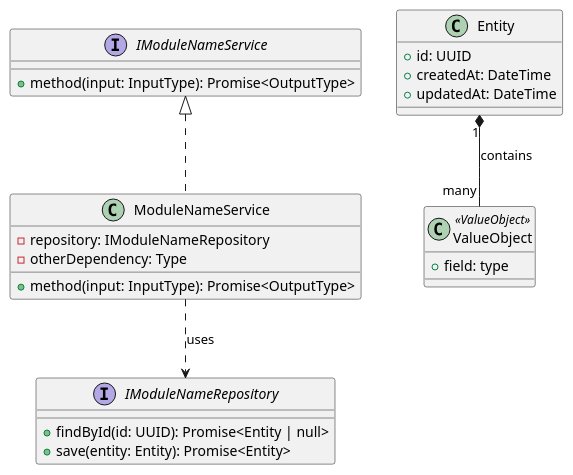
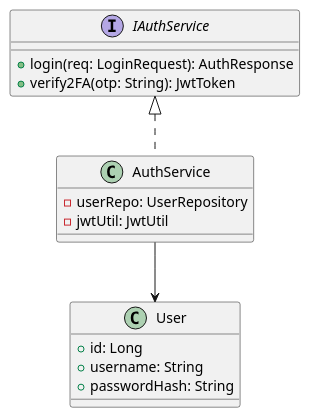
The first of 2 diagrams in 04_testing/mod1_auth/EDS_MOD1_SPEC.md (Luuxinhxinh/hoanien-resort), drawn with PlantUML before and after one commit. The commit also changed other lines of this file and 53 other files, not shown here.

````diff
--- a/04_testing/mod1_auth/EDS_MOD1_SPEC.md
+++ b/04_testing/mod1_auth/EDS_MOD1_SPEC.md
@@ -160,31 +87,18 @@
 ```plantuml
 @startuml
-interface IModuleNameService {
-  +method(input: InputType): Promise<OutputType>
+interface IAuthService {
+  +login(req: LoginRequest): AuthResponse
+  +verify2FA(otp: String): JwtToken
 }
-
-class ModuleNameService implements IModuleNameService {
-  -repository: IModuleNameRepository
-  -otherDependency: Type
-  +method(input: InputType): Promise<OutputType>
+class AuthService implements IAuthService {
+  -userRepo: UserRepository
+  -jwtUtil: JwtUtil
 }
-
-interface IModuleNameRepository {
-  +findById(id: UUID): Promise<Entity | null>
-  +save(entity: Entity): Promise<Entity>
+class User {
+  +id: Long
+  +username: String
+  +passwordHash: String
 }
-
-class Entity {
-  +id: UUID
-  +createdAt: DateTime
-  +updatedAt: DateTime
-}
-
-class ValueObject <<ValueObject>> {
-  +field: type
-}
-
-Entity "1" *-- "many" ValueObject : contains
-ModuleNameService ..> IModuleNameRepository : uses
-@endum
+AuthService --> User
+@enduml
 ```
````
